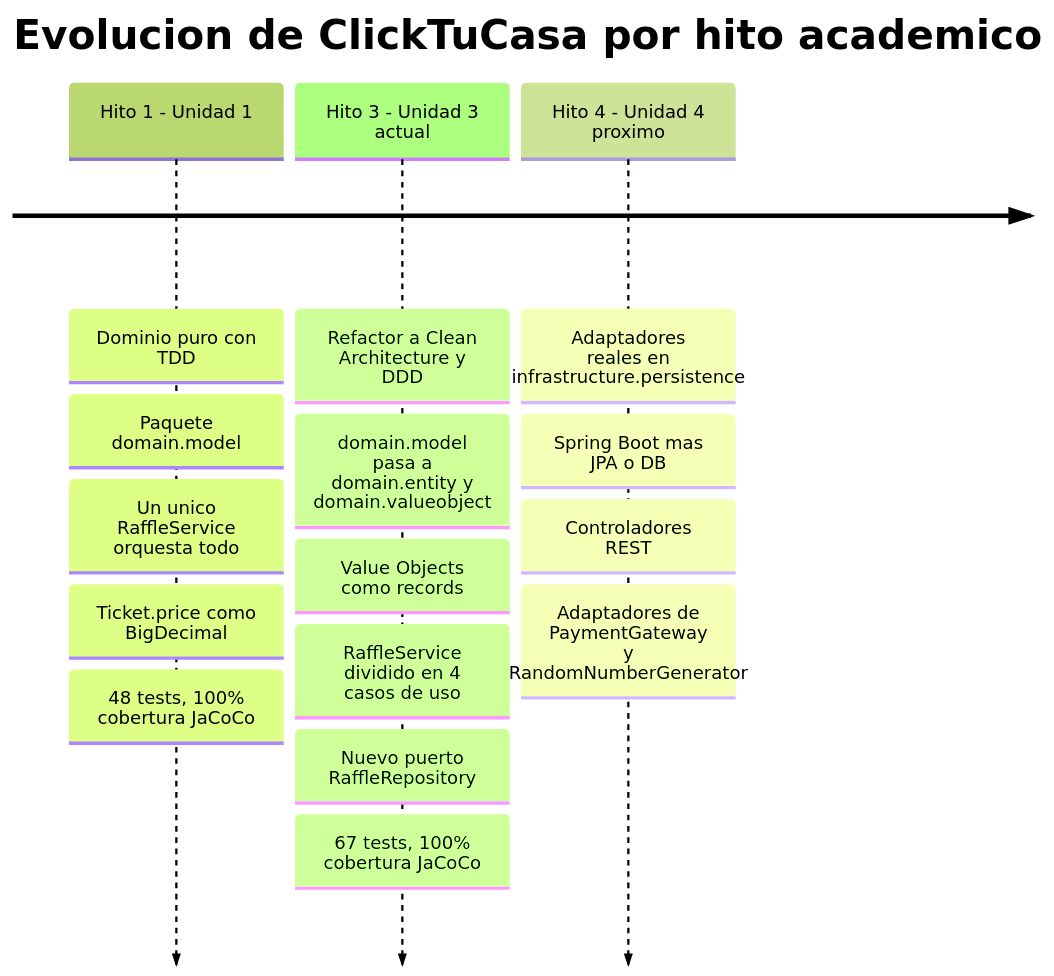
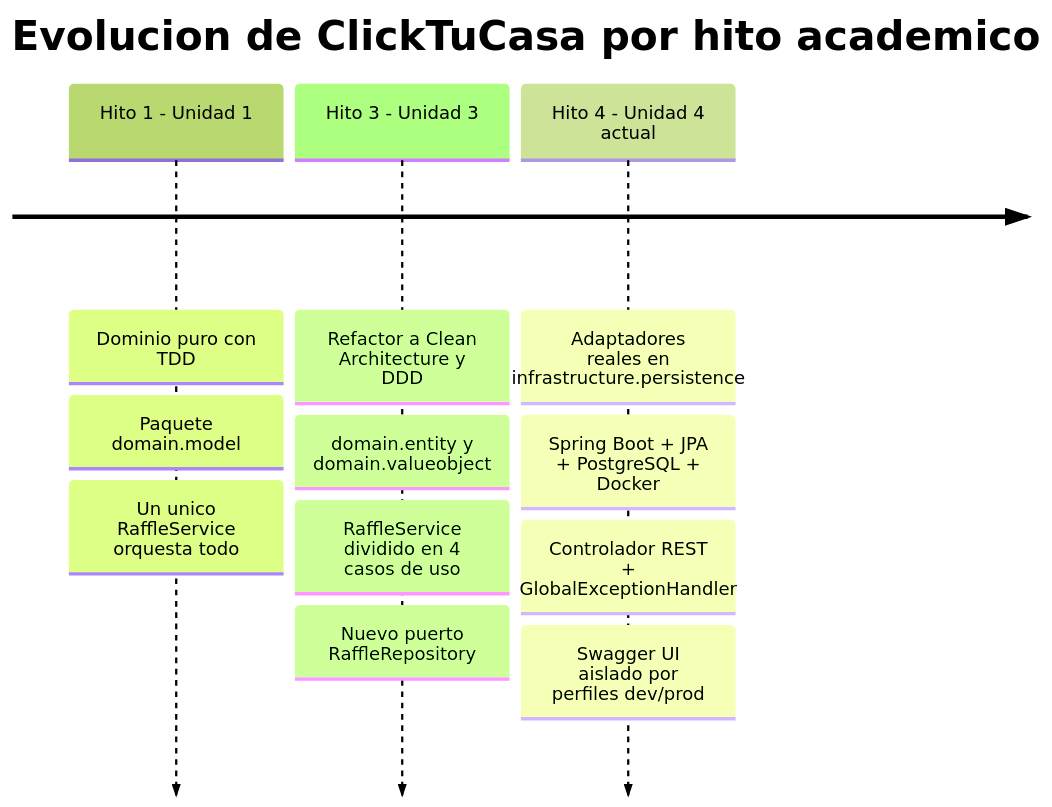
Before and after one commit to D-Araya/ClickTuCasa: the diagram in README.md, drawn with Mermaid (forest theme). The commit also changed other lines of this file and 35 other files, not shown here.

Commit message:
feat: convert ClickTuCasa to a Spring Boot microservice with REST, JPA/PostgreSQL and Swagger (Hito 4)

````diff
--- a/README.md
+++ b/README.md
@@ -61,19 +59,15 @@
 ```mermaid
 timeline
     title Evolucion de ClickTuCasa por hito academico
     Hito 1 - Unidad 1 : Dominio puro con TDD
                        : Paquete domain.model
                        : Un unico RaffleService orquesta todo
-                       : Ticket.price como BigDecimal
-                       : 48 tests, 100% cobertura JaCoCo
-    Hito 3 - Unidad 3 actual : Refactor a Clean Architecture y DDD
-                              : domain.model pasa a domain.entity y domain.valueobject
-                              : Value Objects como records
-                              : RaffleService dividido en 4 casos de uso
-                              : Nuevo puerto RaffleRepository
-                              : 67 tests, 100% cobertura JaCoCo
-    Hito 4 - Unidad 4 proximo : Adaptadores reales en infrastructure.persistence
-                                : Spring Boot mas JPA o DB
-                                : Controladores REST
-                                : Adaptadores de PaymentGateway y RandomNumberGenerator
+    Hito 3 - Unidad 3 : Refactor a Clean Architecture y DDD
+                       : domain.entity y domain.valueobject
+                       : RaffleService dividido en 4 casos de uso
+                       : Nuevo puerto RaffleRepository
+    Hito 4 - Unidad 4 actual : Adaptadores reales en infrastructure.persistence
+                              : Spring Boot + JPA + PostgreSQL + Docker
+                              : Controlador REST + GlobalExceptionHandler
+                              : Swagger UI aislado por perfiles dev/prod
 ```
````
